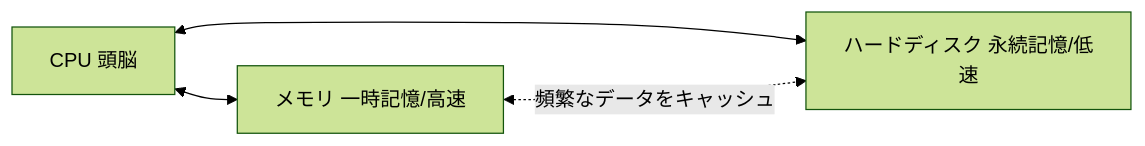
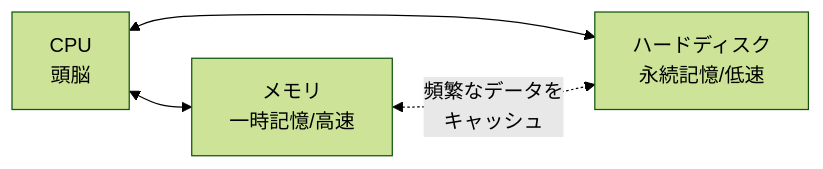
One commit to x86-unix/docs changed the first of 18 diagrams in training/basics.md. Above: the diagram before and after it, drawn with Mermaid (forest theme). The commit also changed other lines of this file, not shown here.

````diff
--- a/training/basics.md
+++ b/training/basics.md
@@ -95,6 +12,6 @@
 ```mermaid
 graph LR
-    CPU["CPU 頭脳"] <--> Memory["メモリ 一時記憶/高速"]
-    CPU <--> HDD["ハードディスク 永続記憶/低速"]
-    Memory <-.-> |"頻繁なデータをキャッシュ"| HDD
+    CPU[CPU<br/>頭脳] <--> Memory[メモリ<br/>一時記憶/高速]
+    CPU <--> HDD[ハードディスク<br/>永続記憶/低速]
+    Memory <-.-> |頻繁なデータを<br/>キャッシュ| HDD
 ```
````
